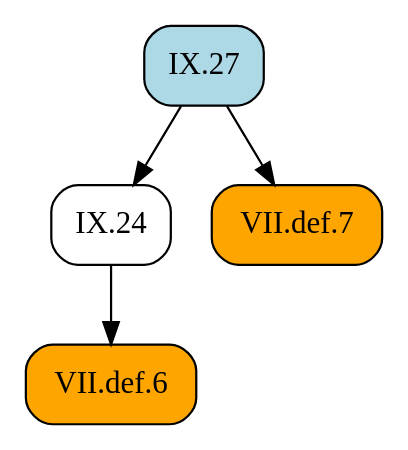
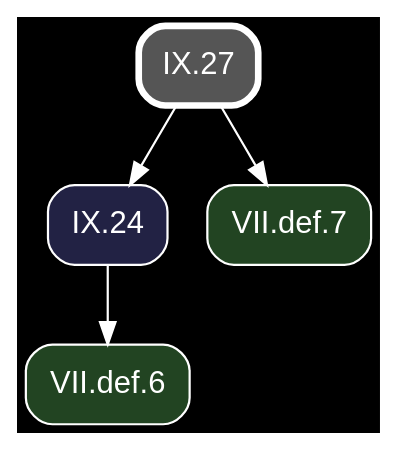
One commit to geometor/elements changed the diagram in docsrc/heath/IX/27/index.rst. Above: the diagram before and after it, drawn with Graphviz. The commit also changed other lines of this file and 1200 other files, not shown here.

Commit message:
update dependency graphs

```diff
--- a/docsrc/heath/IX/27/index.rst
+++ b/docsrc/heath/IX/27/index.rst
@@ -30,13 +30,15 @@
 .. graphviz::
 
    digraph {
+     bgcolor="black";
+     node [shape=box, style="rounded,filled", fontname="Helvetica", color="white", fontcolor="white"];
+     edge [color="white", fontcolor="white"];
      rankdir="TB";
-     node [shape=box, style=rounded];
-     "IX.24" [URL="/heath/IX/24/", target="_top"];
-     "VII.def.7" [style="rounded,filled", fillcolor=orange, URL="/heath/VII/def.7/", target="_top"];
-     "VII.def.6" [style="rounded,filled", fillcolor=orange, URL="/heath/VII/def.6/", target="_top"];
-     "IX.27" [style="rounded,filled", fillcolor=lightblue, URL="/heath/IX/27/", target="_top"];
+     "IX.24" [fillcolor="#222244", URL="/heath/IX/24/", target="_top"];
+     "VII.def.7" [fillcolor="#224422", URL="/heath/VII/def.7/", target="_top"];
+     "IX.27" [penwidth=3, color="white", fillcolor="#555555", URL="/heath/IX/27/", target="_top"];
+     "VII.def.6" [fillcolor="#224422", URL="/heath/VII/def.6/", target="_top"];
      "IX.27" -> "IX.24";
      "IX.27" -> "VII.def.7";
      "IX.24" -> "VII.def.6";
    }
```
